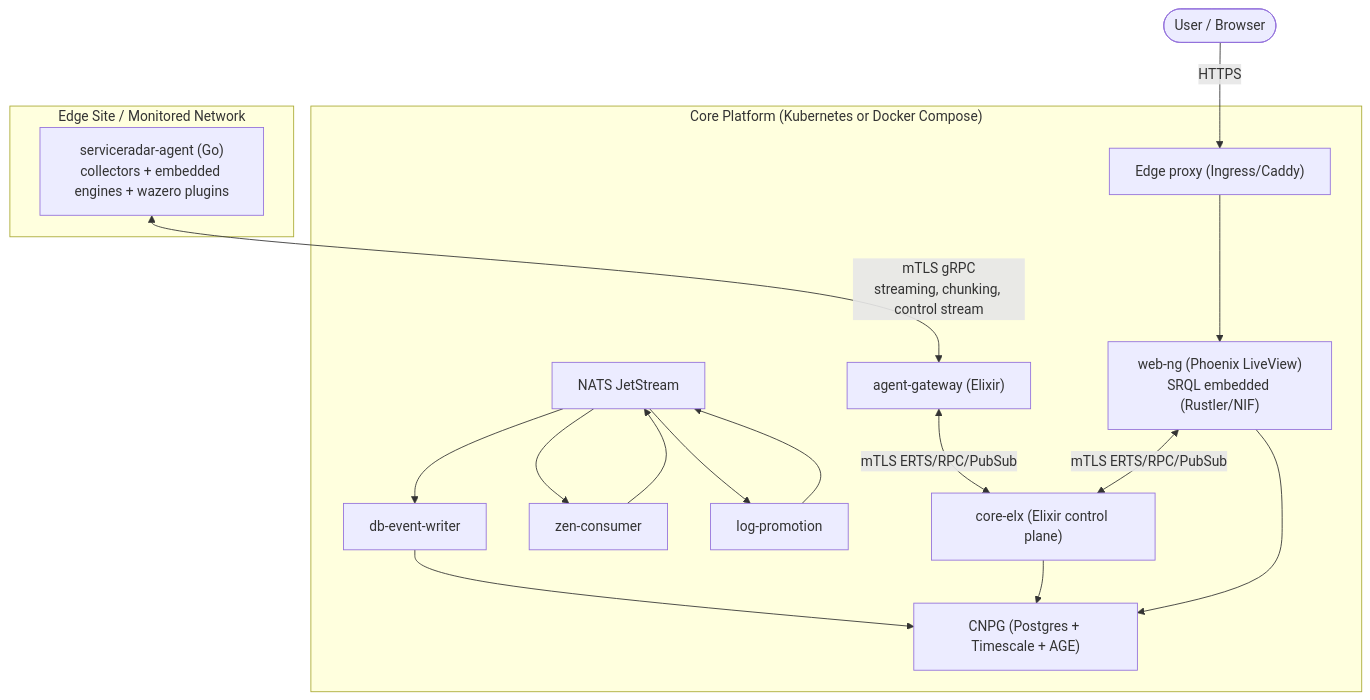
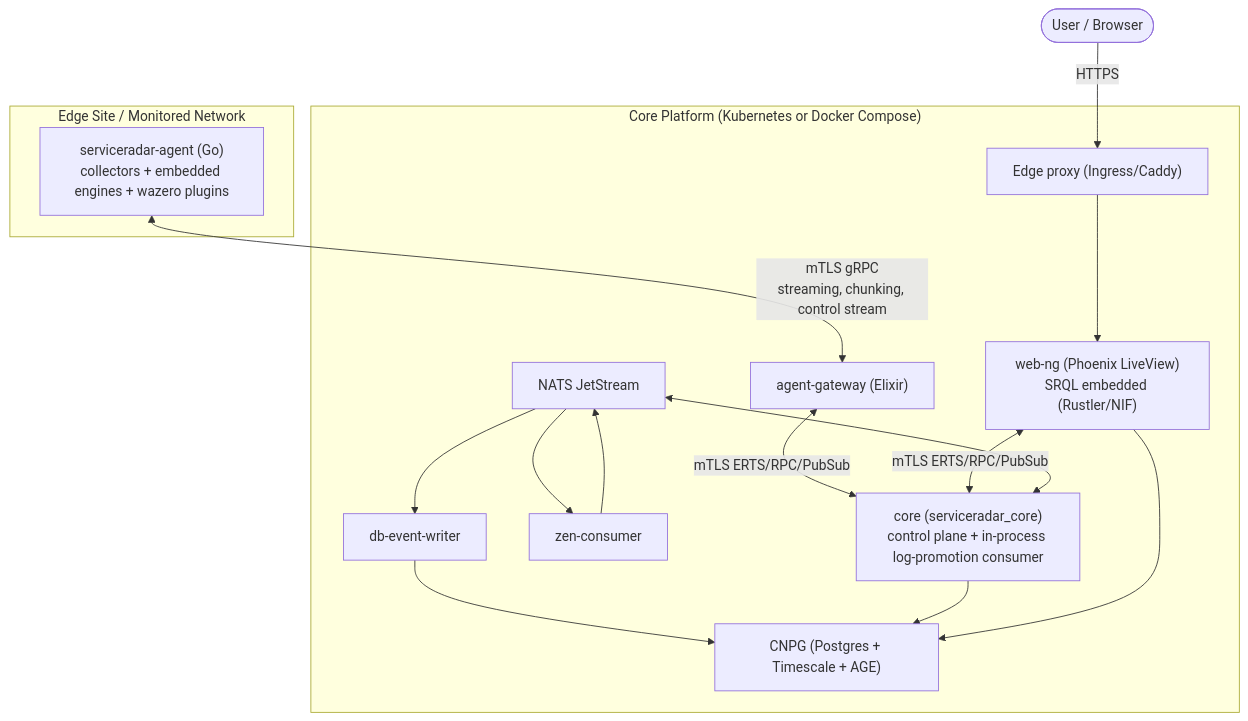
Before and after one commit to carverauto/serviceradar: the diagram in docs/docs/architecture.md, drawn with Mermaid. The commit also changed other lines of this file and 31 other files, not shown here.

````diff
--- a/docs/docs/architecture.md
+++ b/docs/docs/architecture.md
@@ -17,36 +17,35 @@
 ```mermaid
 flowchart TB
   User([User / Browser])
 
   subgraph Core["Core Platform (Kubernetes or Docker Compose)"]
     Ingress["Edge proxy (Ingress/Caddy)"]
     Web["web-ng (Phoenix LiveView)<br/>SRQL embedded (Rustler/NIF)"]
-    CoreElx["core-elx (Elixir control plane)"]
+    CoreSvc["core (serviceradar_core)<br/>control plane + in-process log-promotion consumer"]
     GW["agent-gateway (Elixir)"]
 
     NATS["NATS JetStream"]
     Zen["zen-consumer"]
-    Promote["log-promotion"]
     Writer["db-event-writer"]
 
     DB["CNPG (Postgres + Timescale + AGE)"]
   end
 
   subgraph Edge["Edge Site / Monitored Network"]
     Agent["serviceradar-agent (Go)<br/>collectors + embedded engines + wazero plugins"]
   end
 
   User -->|HTTPS| Ingress --> Web
 
   Agent <-->|mTLS gRPC<br/>streaming, chunking, control stream| GW
-  GW <-->|mTLS ERTS/RPC/PubSub| CoreElx
-  Web <-->|mTLS ERTS/RPC/PubSub| CoreElx
+  GW <-->|mTLS ERTS/RPC/PubSub| CoreSvc
+  Web <-->|mTLS ERTS/RPC/PubSub| CoreSvc
 
   %% Bulk ingestion
   NATS --> Zen --> NATS
-  NATS --> Promote --> NATS
+  NATS <--> CoreSvc
   NATS --> Writer --> DB
 
-  CoreElx --> DB
+  CoreSvc --> DB
   Web --> DB
 ```
````
